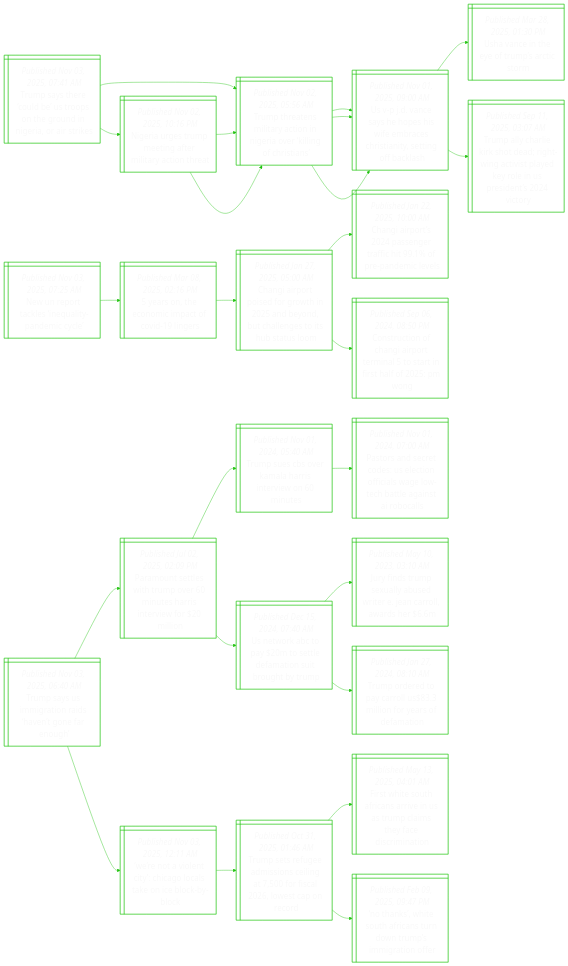
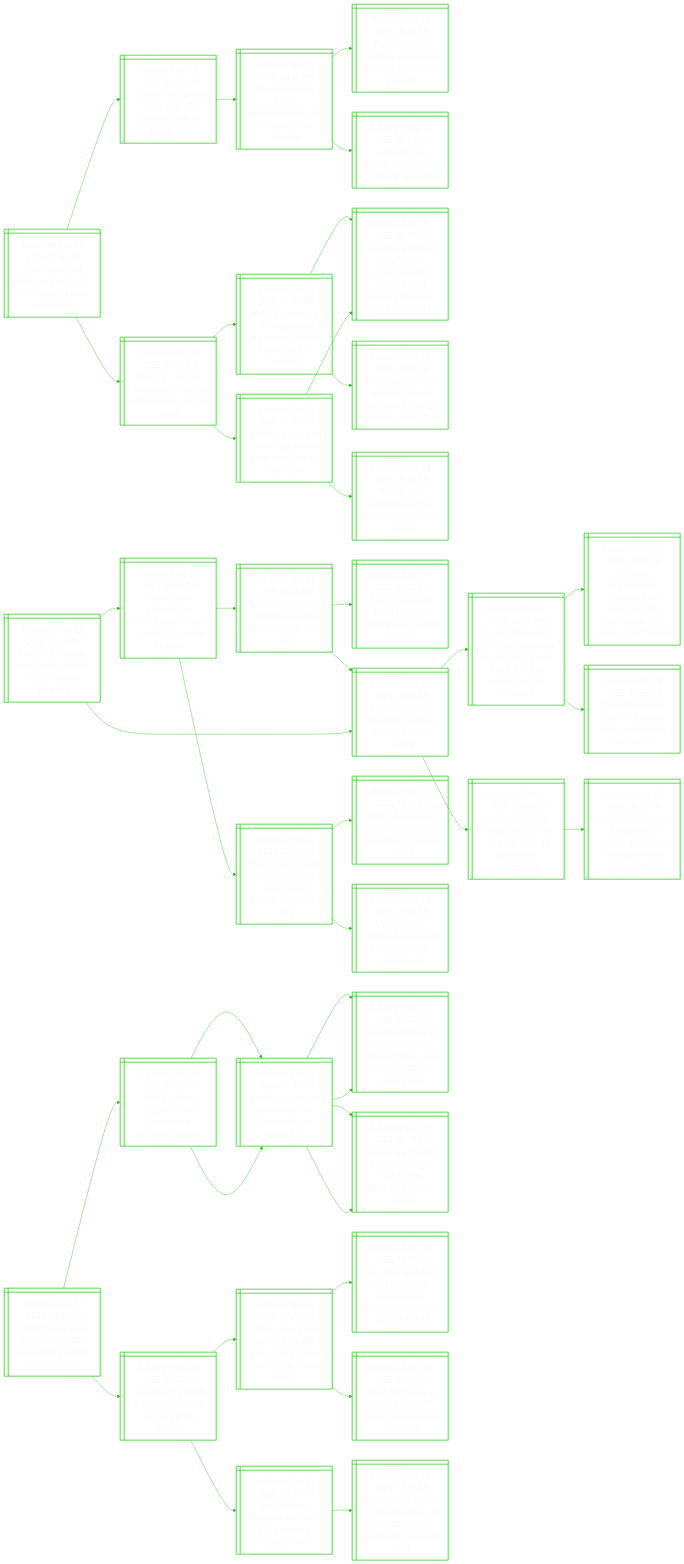
The diagram in README.md (notJmes/notJmes), drawn with Mermaid before and after one commit. The commit also changed other lines of this file, not shown here.

````diff
--- a/README.md
+++ b/README.md
@@ -16,85 +16,127 @@
 flowchart LR
 classDef txtsize font-size:20px;
 
-Tshoeonrierts@{ shape: win-pane, label: "_Published Nov 03, 2025, 07:41 AM_
-Trump says there ‘could be’ us troops on the ground in nigeria, or air strikes" }
-TttiriNiriCt@{ shape: win-pane, label: "_Published Nov 02, 2025, 05:56 AM_
-Trump threatens military action in nigeria over ‘killing of christians’" }
-UDehewmeinegas@{ shape: win-pane, label: "_Published Nov 01, 2025, 09:00 AM_
-Us v-p j.d. vance says he hopes his wife embraces christianity, setting off backlash" }
-UanyrAcm@{ shape: win-pane, label: "_Published Mar 28, 2025, 01:30 PM_
-Usha vance in the eye of trump’s arctic storm" }
-TahesegnipdoUstt@{ shape: win-pane, label: "_Published Sep 11, 2025, 03:07 AM_
-Trump ally charlie kirk shot dead; right-wing activist played key role in us president’s 2024 victory" }
-Niemtfirir@{ shape: win-pane, label: "_Published Nov 02, 2025, 10:16 PM_
-Nigeria urges trump meeting after military action threat" }
-TttiriNiriCt@{ shape: win-pane, label: "_Published Nov 02, 2025, 05:56 AM_
-Trump threatens military action in nigeria over ‘killing of christians’" }
-UDehewmeinegas@{ shape: win-pane, label: "_Published Nov 01, 2025, 09:00 AM_
-Us v-p j.d. vance says he hopes his wife embraces christianity, setting off backlash" }
-TttiriNiriCt@{ shape: win-pane, label: "_Published Nov 02, 2025, 05:56 AM_
-Trump threatens military action in nigeria over ‘killing of christians’" }
-UDehewmeinegas@{ shape: win-pane, label: "_Published Nov 01, 2025, 09:00 AM_
-Us v-p j.d. vance says he hopes his wife embraces christianity, setting off backlash" }
+Tsoneauuamd@{ shape: win-pane, label: "_Published Nov 03, 2025, 11:46 AM_
+Trump says not eying venezuela war, but maduro’s days numbered" }
+UiaegonllTs@{ shape: win-pane, label: "_Published Oct 15, 2025, 04:50 AM_
+Us strike on alleged drug boat off venezuela kills six, trump says" }
+Ugcumtoeonns@{ shape: win-pane, label: "_Published Sep 02, 2025, 09:49 PM_
+Us judge blocks trump administration’s use of troops in los angeles" }
+TdyisiieAet@{ shape: win-pane, label: "_Published Jun 10, 2025, 06:38 AM_
+Trump deploys marines as tensions rise over los angeles protests" }
+CosrelylLt@{ shape: win-pane, label: "_Published Aug 13, 2025, 08:03 AM_
+California says trump sent military to ‘silence’ la protests" }
+Eirdyroersl@{ shape: win-pane, label: "_Published Oct 31, 2025, 06:16 PM_
+Explainer: are the deadly us strikes on alleged drug vessels legal?​" }
+Nselgufexeeov@{ shape: win-pane, label: "_Published Oct 29, 2025, 01:00 AM_
+New us strikes kill 14 alleged drug traffickers, mexico leads rescue of survivor" }
+Uidycceuomasnswee@{ shape: win-pane, label: "_Published Oct 25, 2025, 02:00 AM_
+Us military deploys aircraft carrier group to south america amid soaring tensions with venezuela" }
+TcrAotnzrnsou@{ shape: win-pane, label: "_Published Oct 16, 2025, 06:05 AM_
+Trump confirms cia authorisation in venezuela, raising pressure on maduro" }
+VulClaaispbr@{ shape: win-pane, label: "_Published Oct 28, 2025, 01:03 PM_
+Venezuela claims cia ‘false flag’ attack foiled, as us deploys bombers" }
+Tseaonencl@{ shape: win-pane, label: "_Published Oct 24, 2025, 05:55 AM_
+Trump says declaration of war not needed on drug cartels" }
+Uidycceuomasnswee@{ shape: win-pane, label: "_Published Oct 25, 2025, 02:00 AM_
+Us military deploys aircraft carrier group to south america amid soaring tensions with venezuela" }
 
-Tshoeonrierts:::txtsize --> TttiriNiriCt:::txtsize
-TttiriNiriCt:::txtsize --> UDehewmeinegas:::txtsize
-UDehewmeinegas:::txtsize --> UanyrAcm:::txtsize
-UDehewmeinegas:::txtsize --> TahesegnipdoUstt:::txtsize
-Tshoeonrierts:::txtsize --> Niemtfirir:::txtsize
-Niemtfirir:::txtsize --> TttiriNiriCt:::txtsize
-TttiriNiriCt:::txtsize --> UDehewmeinegas:::txtsize
-Niemtfirir:::txtsize --> TttiriNiriCt:::txtsize
-TttiriNiriCt:::txtsize --> UDehewmeinegas:::txtsize
+Tsoneauuamd:::txtsize --> UiaegonllTs:::txtsize
+UiaegonllTs:::txtsize --> Ugcumtoeonns:::txtsize
+Ugcumtoeonns:::txtsize --> TdyisiieAet:::txtsize
+Ugcumtoeonns:::txtsize --> CosrelylLt:::txtsize
+Tsoneauuamd:::txtsize --> Eirdyroersl:::txtsize
+Eirdyroersl:::txtsize --> Nselgufexeeov:::txtsize
+Nselgufexeeov:::txtsize --> Uidycceuomasnswee:::txtsize
+Nselgufexeeov:::txtsize --> TcrAotnzrnsou:::txtsize
+Eirdyroersl:::txtsize --> VulClaaispbr:::txtsize
+VulClaaispbr:::txtsize --> Tseaonencl:::txtsize
+VulClaaispbr:::txtsize --> Uidycceuomasnswee:::txtsize
 
-Nrtleince@{ shape: win-pane, label: "_Published Nov 03, 2025, 07:25 AM_
-New un report tackles ‘inequality-pandemic cycle’" }
-yoempfde@{ shape: win-pane, label: "_Published Mar 08, 2025, 02:16 PM_
-5 years on, the economic impact of covid-19 lingers" }
-Cioiowayuletss@{ shape: win-pane, label: "_Published Jan 27, 2025, 05:00 AM_
-Changi airport poised for growth in 2025 and beyond, but challenges to its hub status loom" }
-Cioagahpncl@{ shape: win-pane, label: "_Published Jan 22, 2025, 10:00 AM_
-Changi airport’s 2024 passenger traffic hit 99.1% of pre-pandemic levels" }
-CrohArmtriaPg@{ shape: win-pane, label: "_Published Sep 06, 2024, 08:50 PM_
-Construction of changi airport terminal 5 to start in first half of 2025: pm wong" }
+TsuCheltcwn@{ shape: win-pane, label: "_Published Nov 03, 2025, 11:35 AM_
+Trump says russia, china have secretly tested nuclear weapons" }
+Taeomareinap@{ shape: win-pane, label: "_Published Oct 30, 2025, 09:50 AM_
+Trump asks pentagon to immediately resume testing us nuclear weapons" }
+RasepPdprPs@{ shape: win-pane, label: "_Published Oct 29, 2025, 08:36 PM_
+Russia tests nuclear-capable poseidon super torpedo, putin says" }
+Tsuheeiress@{ shape: win-pane, label: "_Published Oct 27, 2025, 04:55 PM_
+Trump says putin should end the ukraine war, not test missiles" }
+Rasniurruie@{ shape: win-pane, label: "_Published Oct 26, 2025, 04:01 PM_
+Russia tests new ‘invincible’ nuclear-powered cruise missile" }
+Tsuoolrnssai@{ shape: win-pane, label: "_Published Oct 06, 2025, 02:01 AM_
+Trump says putin’s offer on nuclear arms control ‘sounds like a good idea’" }
+Pospetouroe@{ shape: win-pane, label: "_Published Sep 22, 2025, 11:06 PM_
+Putin offers trump one-year extension to nuclear weapons treaty" }
+Uamlpsrueus@{ shape: win-pane, label: "_Published Oct 03, 2025, 03:15 AM_
+Us tomahawk missile shipments to ukraine unlikely, sources say" }
+Rasniurruie@{ shape: win-pane, label: "_Published Oct 26, 2025, 04:01 PM_
+Russia tests new ‘invincible’ nuclear-powered cruise missile" }
+UlRamaoerwttsparr@{ shape: win-pane, label: "_Published Oct 25, 2025, 06:05 PM_
+Us could hit russia with more sanctions to end ukraine war, but first wants europe to raise pressure" }
+UpmucssorirPwht@{ shape: win-pane, label: "_Published Oct 23, 2025, 05:33 AM_
+Us slaps ‘tremendous sanctions’ on russian oil for ukraine war, says putin wasn’t ‘honest’" }
+Pdnemcsilrri@{ shape: win-pane, label: "_Published Oct 24, 2025, 12:25 AM_
+Putin defiant after trump sanctions russian oil majors over ukraine" }
+Psonrsfltlasi@{ shape: win-pane, label: "_Published Oct 25, 2025, 12:40 AM_
+Putin’s economic envoy arrives in us for talks, after oil companies sanctioned" }
+Ucsilrrionitncr@{ shape: win-pane, label: "_Published Oct 23, 2025, 06:27 PM_
+Us sanctions russian oil majors over ukraine, prompting india jitters and moscow fury" }
 
-Nrtleince:::txtsize --> yoempfde:::txtsize
-yoempfde:::txtsize --> Cioiowayuletss:::txtsize
-Cioiowayuletss:::txtsize --> Cioagahpncl:::txtsize
-Cioiowayuletss:::txtsize --> CrohArmtriaPg:::txtsize
+TsuCheltcwn:::txtsize --> Taeomareinap:::txtsize
+Taeomareinap:::txtsize --> RasepPdprPs:::txtsize
+RasepPdprPs:::txtsize --> Tsuheeiress:::txtsize
+RasepPdprPs:::txtsize --> Rasniurruie:::txtsize
+Taeomareinap:::txtsize --> Tsuoolrnssai:::txtsize
+Tsuoolrnssai:::txtsize --> Pospetouroe:::txtsize
+Tsuoolrnssai:::txtsize --> Uamlpsrueus:::txtsize
+TsuCheltcwn:::txtsize --> Rasniurruie:::txtsize
+Rasniurruie:::txtsize --> UlRamaoerwttsparr:::txtsize
+UlRamaoerwttsparr:::txtsize --> UpmucssorirPwht:::txtsize
+UlRamaoerwttsparr:::txtsize --> Pdnemcsilrri:::txtsize
+Rasniurruie:::txtsize --> Psonrsfltlasi:::txtsize
+Psonrsfltlasi:::txtsize --> Ucsilrrionitncr:::txtsize
 
-TsSgodeneh@{ shape: win-pane, label: "_Published Nov 03, 2025, 06:40 AM_
-Trump says us immigration raids ‘haven’t gone far enough’" }
-PoesToisiewin@{ shape: win-pane, label: "_Published Jul 02, 2025, 02:09 PM_
-Paramount settles with trump over 60 minutes harris interview for $20 million" }
-TsBrlrteis@{ shape: win-pane, label: "_Published Nov 01, 2024, 05:40 AM_
-Trump sues cbs over kamala harris interview on 60 minutes" }
-PrstsencwohliIc@{ shape: win-pane, label: "_Published Nov 01, 2024, 07:00 AM_
-Pastors and secret codes: us election officials wage low-tech battle against ai robocalls" }
-UwBasemnbhr@{ shape: win-pane, label: "_Published Dec 15, 2024, 07:40 AM_
-Us network abc to pay $20m to settle defamation suit brought by trump" }
-JirelsiJaldm@{ shape: win-pane, label: "_Published May 10, 2023, 03:10 AM_
-Jury finds trump sexually abused writer e. jean carroll, awards her $6.6m" }
-ToearSirsfi@{ shape: win-pane, label: "_Published Jan 27, 2024, 08:10 AM_
-Trump ordered to pay carroll us$83.3 million for years of defamation" }
-WoocholeEko@{ shape: win-pane, label: "_Published Nov 03, 2025, 12:11 AM_
-‘we’re not a violent city’: chicago locals take on ice block-by-block" }
-Tseessifsocrd@{ shape: win-pane, label: "_Published Oct 31, 2025, 01:46 AM_
-Trump sets refugee admissions ceiling at 7,500 for fiscal 2026, lowest cap on record" }
-FwSAarnTcsfimi@{ shape: win-pane, label: "_Published May 13, 2025, 04:01 AM_
-First white south africans arrive in us as trump claims they face discrimination" }
-Nniursdrirnr@{ shape: win-pane, label: "_Published Feb 09, 2025, 09:47 PM_
-‘no thanks’, white south africans turn down trump’s immigration offer" }
+WHsheetcctxs@{ shape: win-pane, label: "_Published Nov 03, 2025, 10:47 AM_
+White house says china set to restart some critical metals exports to us" }
+CtbrkiimnU@{ shape: win-pane, label: "_Published Dec 03, 2024, 05:23 PM_
+China to curb exports of key chipmaking components to us" }
+Ltrnapsccok@{ shape: win-pane, label: "_Published Dec 02, 2024, 11:33 PM_
+Latest us strike on china’s chips hits semiconductor toolmakers" }
+UeShhnCopdacnry@{ shape: win-pane, label: "_Published Nov 11, 2024, 07:25 AM_
+Us ordered tsmc to halt shipments to china of chips used in ai applications, source says" }
+TnrdnrtePdaHi@{ shape: win-pane, label: "_Published Dec 02, 2024, 02:10 PM_
+Taiwan is a trusted partner for high-tech sector, president says in hawaii" }
+Ltrnapsccok@{ shape: win-pane, label: "_Published Dec 02, 2024, 11:33 PM_
+Latest us strike on china’s chips hits semiconductor toolmakers" }
+UeShhnCopdacnry@{ shape: win-pane, label: "_Published Nov 11, 2024, 07:25 AM_
+Us ordered tsmc to halt shipments to china of chips used in ai applications, source says" }
+TnrdnrtePdaHi@{ shape: win-pane, label: "_Published Dec 02, 2024, 02:10 PM_
+Taiwan is a trusted partner for high-tech sector, president says in hawaii" }
+UlefCbroehs@{ shape: win-pane, label: "_Published Nov 03, 2025, 01:36 AM_
+Us could hike tariffs if china backtracks on rare earths: bessent" }
+CtportbbUpsee@{ shape: win-pane, label: "_Published Nov 02, 2025, 07:25 AM_
+China to suspend some rare earth curbs, probes on us chip firms: white house" }
+Unloehmsewne@{ shape: win-pane, label: "_Published Oct 30, 2025, 10:01 AM_
+Us, china seal deal on rare earths; trump says xi meeting was a 12 on scale of 1 to 10" }
+Wimgoretrnt@{ shape: win-pane, label: "_Published Oct 31, 2025, 01:56 AM_
+What did trump, xi agree to on tariffs, export controls and fentanyl?" }
+Cmmkhecost@{ shape: win-pane, label: "_Published Nov 01, 2025, 03:23 PM_
+China made a ‘mistake’ with rare-earth controls: bessent to ft" }
+Cruehromouiftt@{ shape: win-pane, label: "_Published Oct 09, 2025, 10:48 PM_
+China ramps up rare earth restrictions, in move to beef up position for us trade talks" }
 
-TsSgodeneh:::txtsize --> PoesToisiewin:::txtsize
-PoesToisiewin:::txtsize --> TsBrlrteis:::txtsize
-TsBrlrteis:::txtsize --> PrstsencwohliIc:::txtsize
-PoesToisiewin:::txtsize --> UwBasemnbhr:::txtsize
-UwBasemnbhr:::txtsize --> JirelsiJaldm:::txtsize
-UwBasemnbhr:::txtsize --> ToearSirsfi:::txtsize
-TsSgodeneh:::txtsize --> WoocholeEko:::txtsize
-WoocholeEko:::txtsize --> Tseessifsocrd:::txtsize
-Tseessifsocrd:::txtsize --> FwSAarnTcsfimi:::txtsize
-Tseessifsocrd:::txtsize --> Nniursdrirnr:::txtsize
+WHsheetcctxs:::txtsize --> CtbrkiimnU:::txtsize
+CtbrkiimnU:::txtsize --> Ltrnapsccok:::txtsize
+Ltrnapsccok:::txtsize --> UeShhnCopdacnry:::txtsize
+Ltrnapsccok:::txtsize --> TnrdnrtePdaHi:::txtsize
+CtbrkiimnU:::txtsize --> Ltrnapsccok:::txtsize
+Ltrnapsccok:::txtsize --> UeShhnCopdacnry:::txtsize
+Ltrnapsccok:::txtsize --> TnrdnrtePdaHi:::txtsize
+WHsheetcctxs:::txtsize --> UlefCbroehs:::txtsize
+UlefCbroehs:::txtsize --> CtportbbUpsee:::txtsize
+CtportbbUpsee:::txtsize --> Unloehmsewne:::txtsize
+CtportbbUpsee:::txtsize --> Wimgoretrnt:::txtsize
+UlefCbroehs:::txtsize --> Cmmkhecost:::txtsize
+Cmmkhecost:::txtsize --> Cruehromouiftt:::txtsize
 
 ```
````
